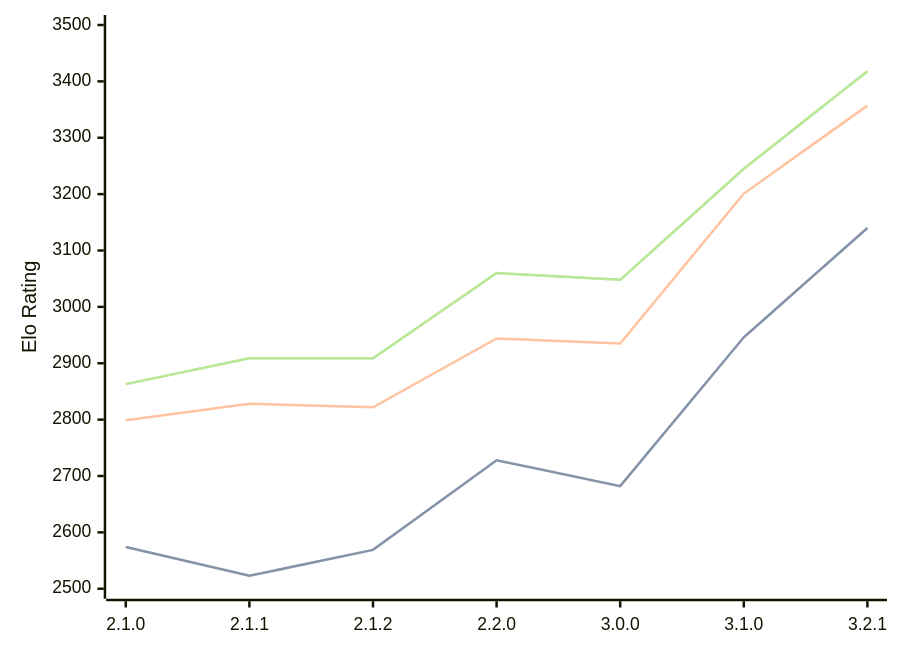
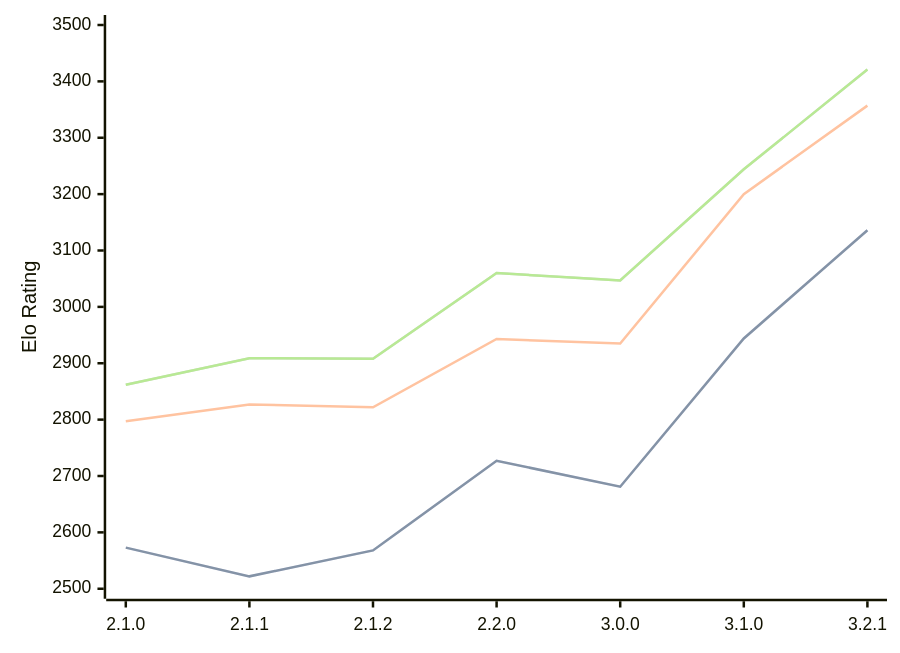
The diagram in engines/Prune.md (computer-chess-index/cci), drawn with Mermaid before and after one commit. The commit also changed other lines of this file, not shown here.

Commit message:
Update CCI Ratings (ELO VLTC) - 2026-03-12

````diff
--- a/engines/Prune.md
+++ b/engines/Prune.md
@@ -40,11 +40,11 @@
 ```mermaid
 %%{init: {"theme":"base","themeVariables":{"seriesColors:['#a3a3a3','#222221','#faa371']}}}%%
 xychart-beta
   x-axis ["2.1.0", "2.1.1", "2.1.2", "2.2.0", "3.0.0", "3.1.0", "3.2.1"]
   y-axis "Elo Rating" 2500 --> 3500
-  line "STC (8.0+0.08s)" [2574, 2523, 2569, 2728, 2682, 2946, 3140]
-  line "STC (8.0+0.08s)" [2574, 2523, 2569, 2728, 2682, 2946, 3140]
-  line "LTC (60.0+0.60s)" [2799, 2828, 2822, 2944, 2935, 3201, 3357]
-  line "VLTC (2m24s+1.12s)" [2863, 2909, 2909, 3060, 3048, 3245, 3418]
-  line "VLTC (2m24s+1.12s)" [2863, 2909, 2909, 3060, 3048, 3245, 3418]
+  line "STC (8.0+0.08s)" [2573, 2522, 2568, 2727, 2681, 2944, 3136]
+  line "STC (8.0+0.08s)" [2573, 2522, 2568, 2727, 2681, 2944, 3136]
+  line "LTC (60.0+0.60s)" [2797, 2827, 2822, 2943, 2935, 3200, 3357]
+  line "VLTC (2m24s+1.12s)" [2862, 2909, 2908, 3060, 3047, 3244, 3421]
+  line "VLTC (2m24s+1.12s)" [2862, 2909, 2908, 3060, 3047, 3244, 3421]
 ```
````
